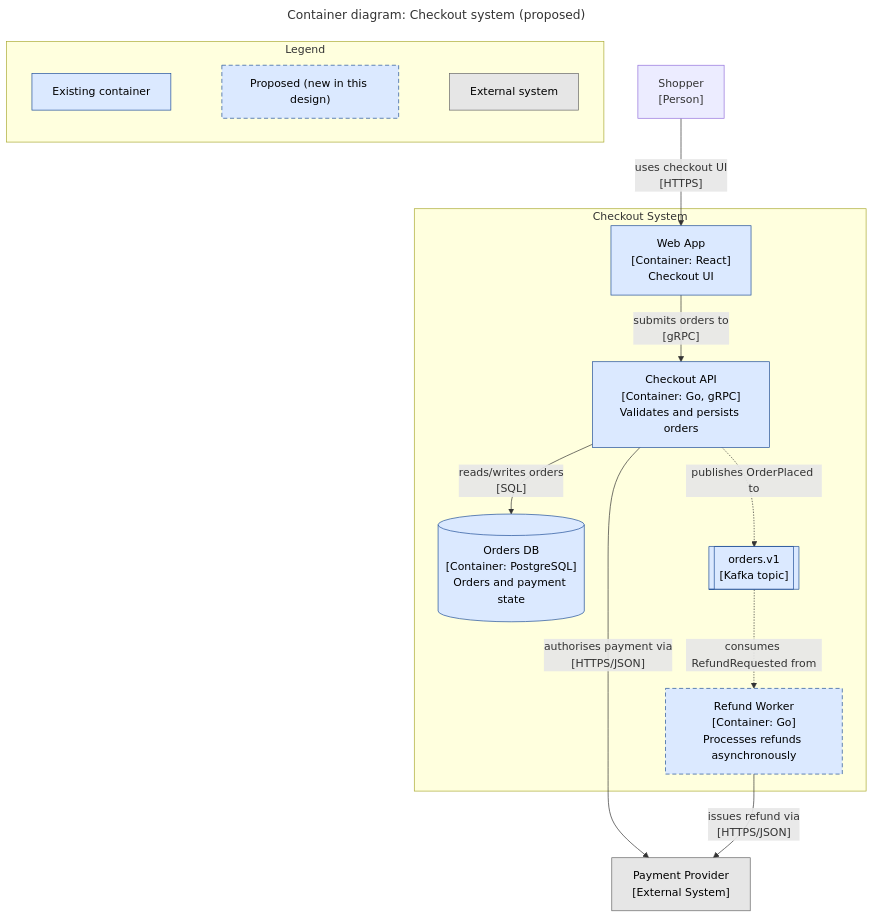
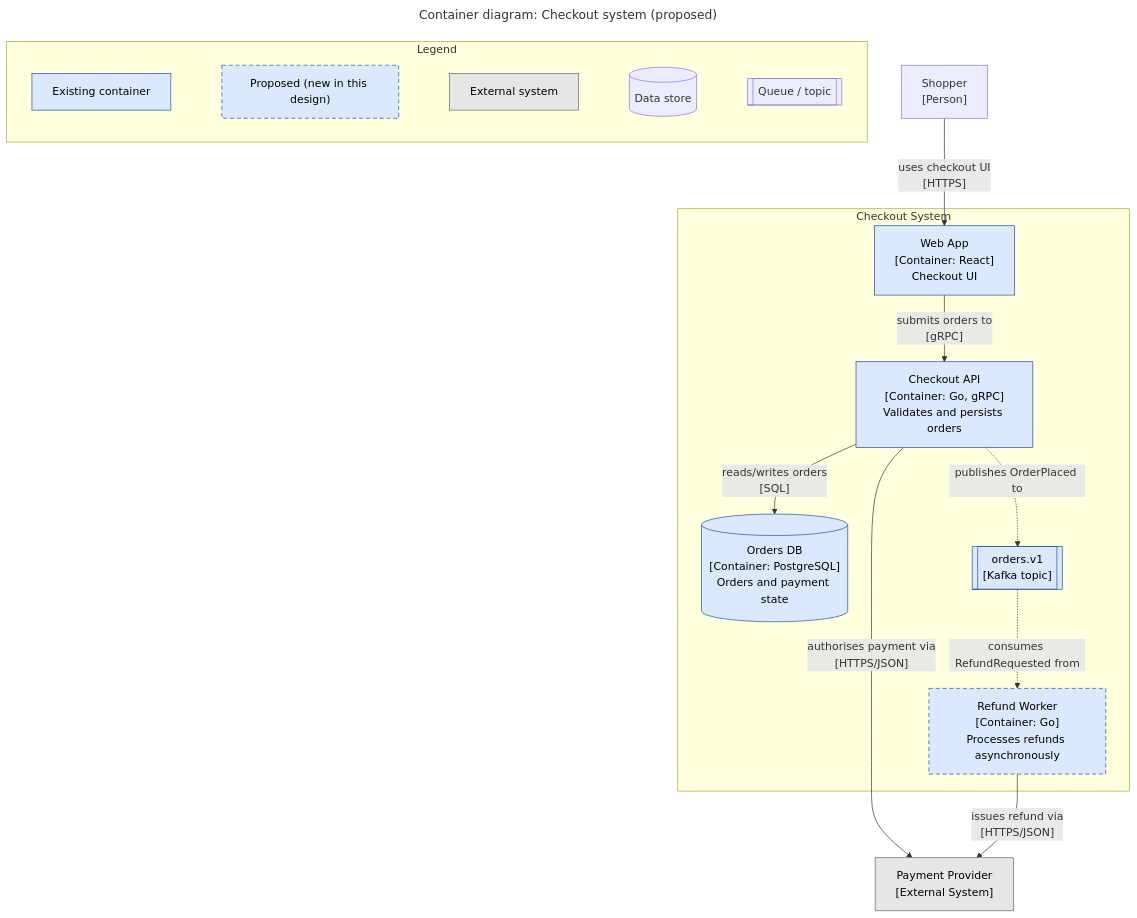
One commit to ivanv33/skills changed the second of 5 diagrams in architecture-diagrams/assets/mermaid-examples.md. Above: the diagram before and after it, drawn with Mermaid. The commit also changed other lines of this file, not shown here.

Commit message:
Add shape entries to the example Container legend
Iteration-2 runs left cylinder and queue shapes unexplained; the
Mermaid starter legend now shows how to list every shape in use.

Claude-Session: https://claude.ai/code/session_01SDcZxgA4pP5HU1GH3GhSm6

````diff
--- a/architecture-diagrams/assets/mermaid-examples.md
+++ b/architecture-diagrams/assets/mermaid-examples.md
@@ -44,40 +44,42 @@
 ```mermaid
 ---
 title: "Container diagram: Checkout system (proposed)"
 ---
 flowchart TB
     shopper["Shopper<br/>[Person]"]
 
     subgraph checkout["Checkout System"]
         web["Web App<br/>[Container: React]<br/>Checkout UI"]
         api["Checkout API<br/>[Container: Go, gRPC]<br/>Validates and persists orders"]
         refunds["Refund Worker<br/>[Container: Go]<br/>Processes refunds asynchronously"]
         db[("Orders DB<br/>[Container: PostgreSQL]<br/>Orders and payment state")]
         q[["orders.v1<br/>[Kafka topic]"]]
     end
 
     psp["Payment Provider<br/>[External System]"]
 
     shopper -->|"uses checkout UI<br/>[HTTPS]"| web
     web -->|"submits orders to<br/>[gRPC]"| api
     api -->|"reads/writes orders<br/>[SQL]"| db
     api -->|"authorises payment via<br/>[HTTPS/JSON]"| psp
     api -.->|"publishes OrderPlaced to"| q
     q -.->|"consumes RefundRequested from"| refunds
     refunds -->|"issues refund via<br/>[HTTPS/JSON]"| psp
 
     subgraph legend["Legend"]
         direction LR
         l1["Existing container"]
         l2["Proposed (new in this design)"]
         l3["External system"]
-        l1 ~~~ l2 ~~~ l3
+        l4[("Data store")]
+        l5[["Queue / topic"]]
+        l1 ~~~ l2 ~~~ l3 ~~~ l4 ~~~ l5
     end
 
     classDef existing fill:#dbe9ff,stroke:#1f4e99,color:#000
     classDef proposed fill:#dbe9ff,stroke:#1f4e99,stroke-dasharray:6 4,color:#000
     classDef ext fill:#e6e6e6,stroke:#666,color:#000
     class web,api,db,q,l1 existing
     class refunds,l2 proposed
     class psp,l3 ext
 ```
````
